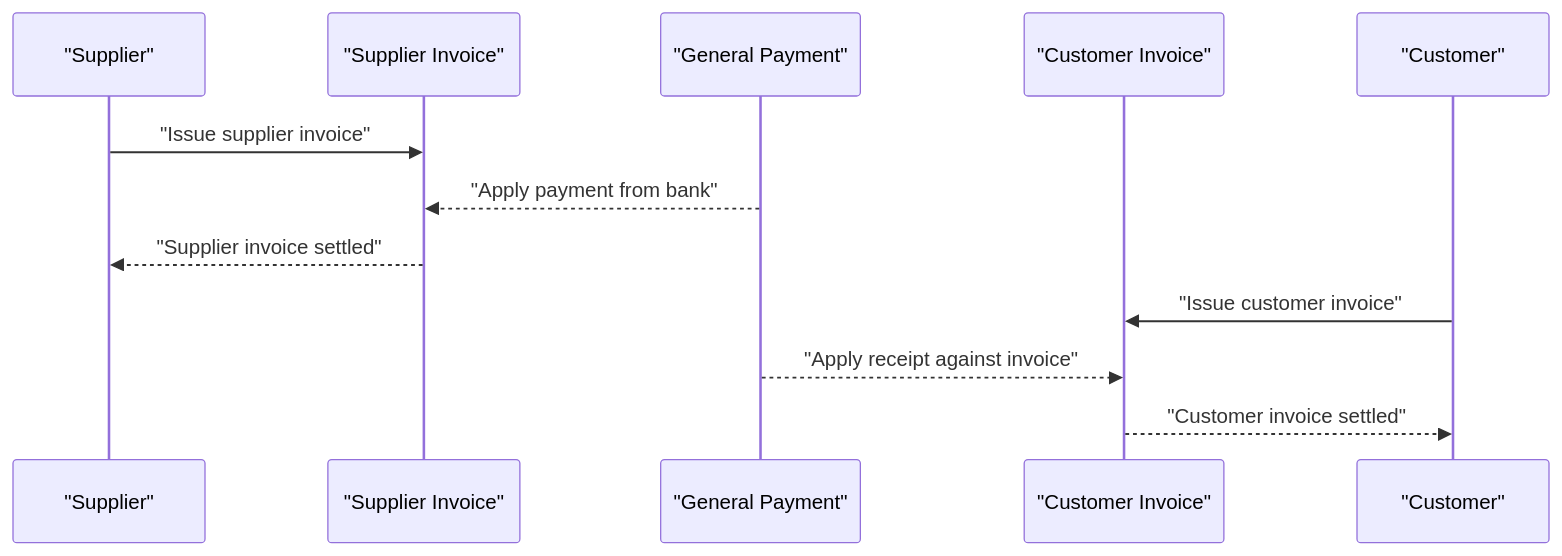
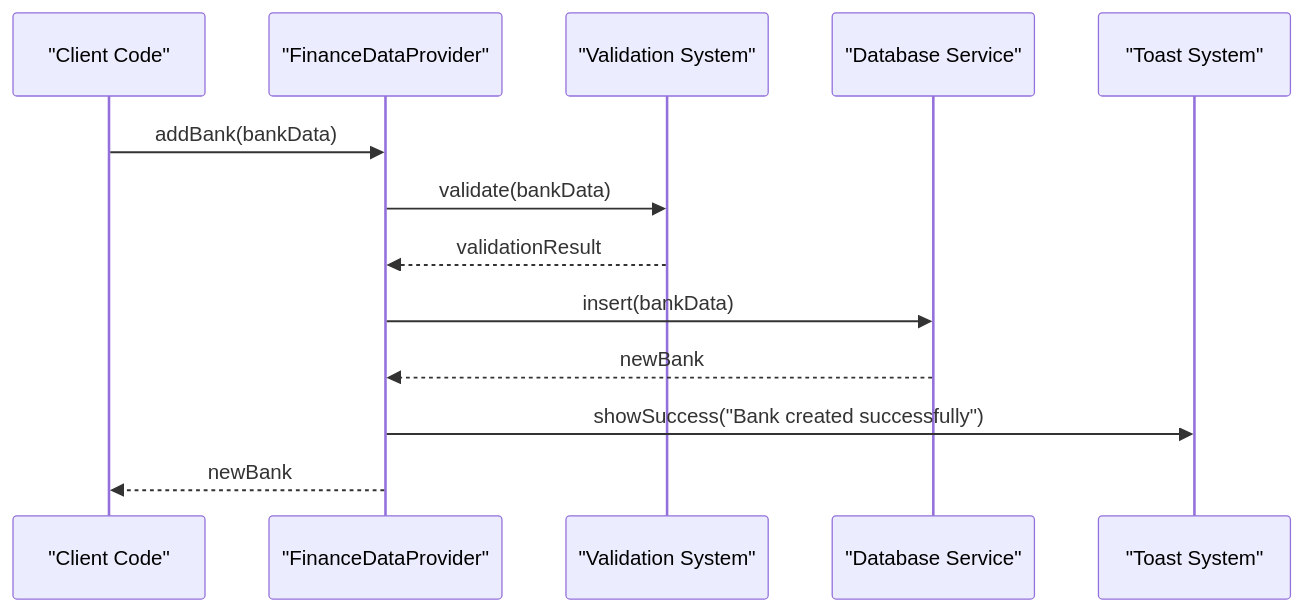
Before and after one commit to geniusdynamics/schoolpilot: the sixth of 7 diagrams in .qoder/repowiki/en/content/Modules System/Finance Module.md, drawn with Mermaid. The commit also changed other lines of this file and 16 other files, not shown here.

````diff
--- a/.qoder/repowiki/en/content/Modules System/Finance Module.md
+++ b/.qoder/repowiki/en/content/Modules System/Finance Module.md
@@ -175,14 +251,15 @@
 ```mermaid
 sequenceDiagram
-participant Supplier as "Supplier"
-participant SI as "Supplier Invoice"
-participant GP as "General Payment"
-participant CI as "Customer Invoice"
-Supplier->>SI : "Issue supplier invoice"
-GP-->>SI : "Apply payment from bank"
-SI-->>Supplier : "Supplier invoice settled"
-participant Customer as "Customer"
-Customer->>CI : "Issue customer invoice"
-GP-->>CI : "Apply receipt against invoice"
-CI-->>Customer : "Customer invoice settled"
+participant Client as "Client Code"
+participant Provider as "FinanceDataProvider"
+participant Validator as "Validation System"
+participant DB as "Database Service"
+participant Toast as "Toast System"
+Client->>Provider : addBank(bankData)
+Provider->>Validator : validate(bankData)
+Validator-->>Provider : validationResult
+Provider->>DB : insert(bankData)
+DB-->>Provider : newBank
+Provider->>Toast : showSuccess("Bank created successfully")
+Provider-->>Client : newBank
 ```
````
